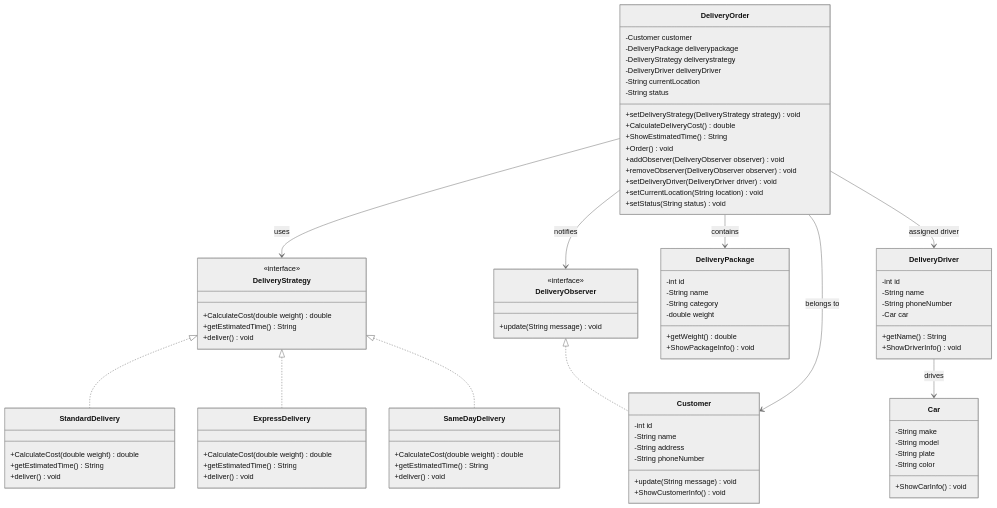
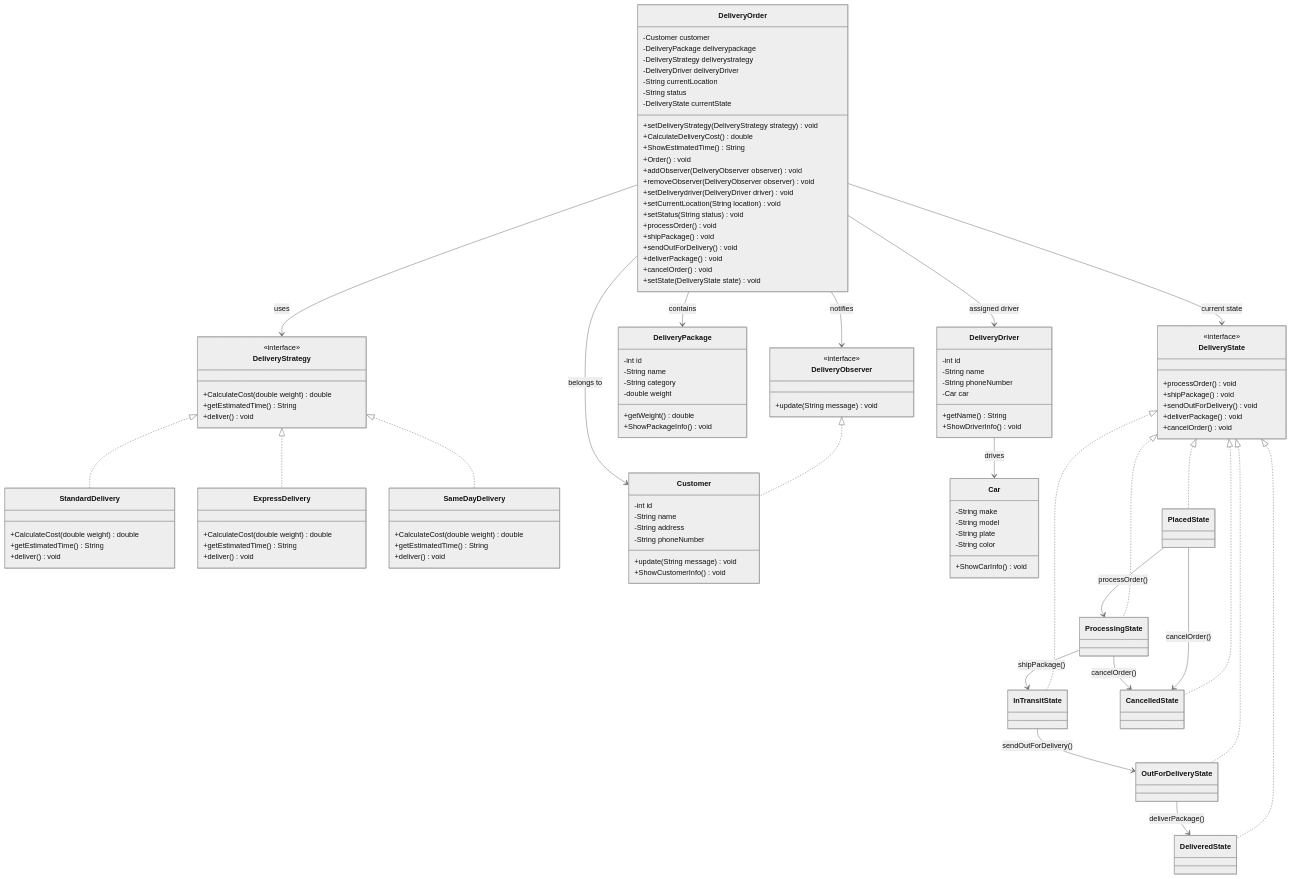
One commit to LUKICHA24Java/DeliverySystem changed the diagram in README.md. Above: the diagram before and after it, drawn with Mermaid (neutral theme).

Commit message:
Update Mermaid diagram with State pattern

````diff
--- a/README.md
+++ b/README.md
@@ -114,6 +114,22 @@
         +ShowDriverInfo() void
     }
 
+    class DeliveryState {
+        <<interface>>
+        +processOrder() void
+        +shipPackage() void
+        +sendOutForDelivery() void
+        +deliverPackage() void
+        +cancelOrder() void
+    }
+
+    class PlacedState
+    class ProcessingState
+    class InTransitState
+    class OutForDeliveryState
+    class DeliveredState
+    class CancelledState
+
     class DeliveryOrder {
         -Customer customer
         -DeliveryPackage deliverypackage
@@ -121,15 +137,27 @@
         -DeliveryDriver deliveryDriver
         -String currentLocation
         -String status
+        -DeliveryState currentState
+
         +setDeliveryStrategy(DeliveryStrategy strategy) void
         +CalculateDeliveryCost() double
         +ShowEstimatedTime() String
         +Order() void
+
         +addObserver(DeliveryObserver observer) void
         +removeObserver(DeliveryObserver observer) void
-        +setDeliveryDriver(DeliveryDriver driver) void
+
+        +setDeliverydriver(DeliveryDriver driver) void
         +setCurrentLocation(String location) void
         +setStatus(String status) void
+
+        +processOrder() void
+        +shipPackage() void
+        +sendOutForDelivery() void
+        +deliverPackage() void
+        +cancelOrder() void
+
+        +setState(DeliveryState state) void
     }
 
     DeliveryStrategy <|.. StandardDelivery
@@ -138,11 +166,29 @@
 
     DeliveryObserver <|.. Customer
 
+    DeliveryState <|.. PlacedState
+    DeliveryState <|.. ProcessingState
+    DeliveryState <|.. InTransitState
+    DeliveryState <|.. OutForDeliveryState
+    DeliveryState <|.. DeliveredState
+    DeliveryState <|.. CancelledState
+
     DeliveryOrder --> DeliveryStrategy : uses
     DeliveryOrder --> DeliveryPackage : contains
     DeliveryOrder --> Customer : belongs to
     DeliveryOrder --> DeliveryDriver : assigned driver
     DeliveryOrder --> DeliveryObserver : notifies
+    DeliveryOrder --> DeliveryState : current state
 
     DeliveryDriver --> Car : drives
+
+    PlacedState --> ProcessingState : processOrder()
+    PlacedState --> CancelledState : cancelOrder()
+
+    ProcessingState --> InTransitState : shipPackage()
+    ProcessingState --> CancelledState : cancelOrder()
+
+    InTransitState --> OutForDeliveryState : sendOutForDelivery()
+
+    OutForDeliveryState --> DeliveredState : deliverPackage()
 ```
````
